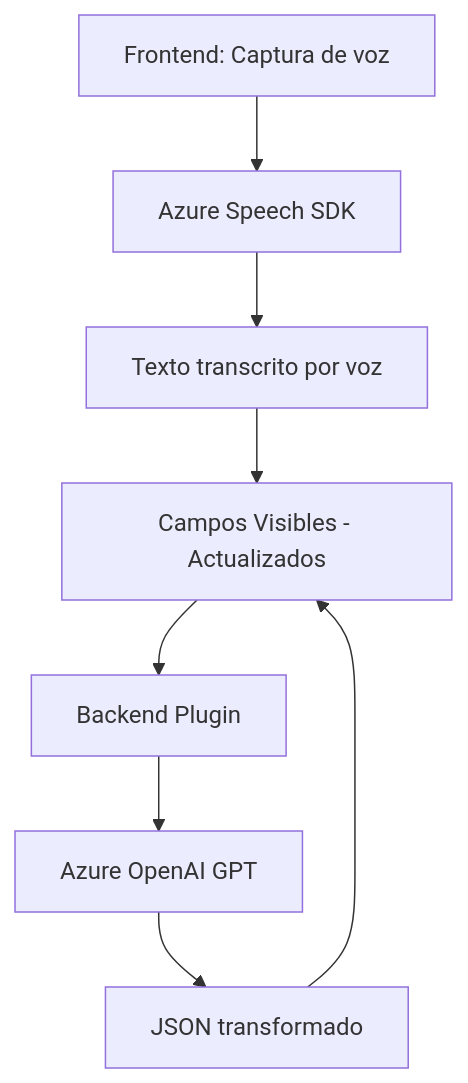
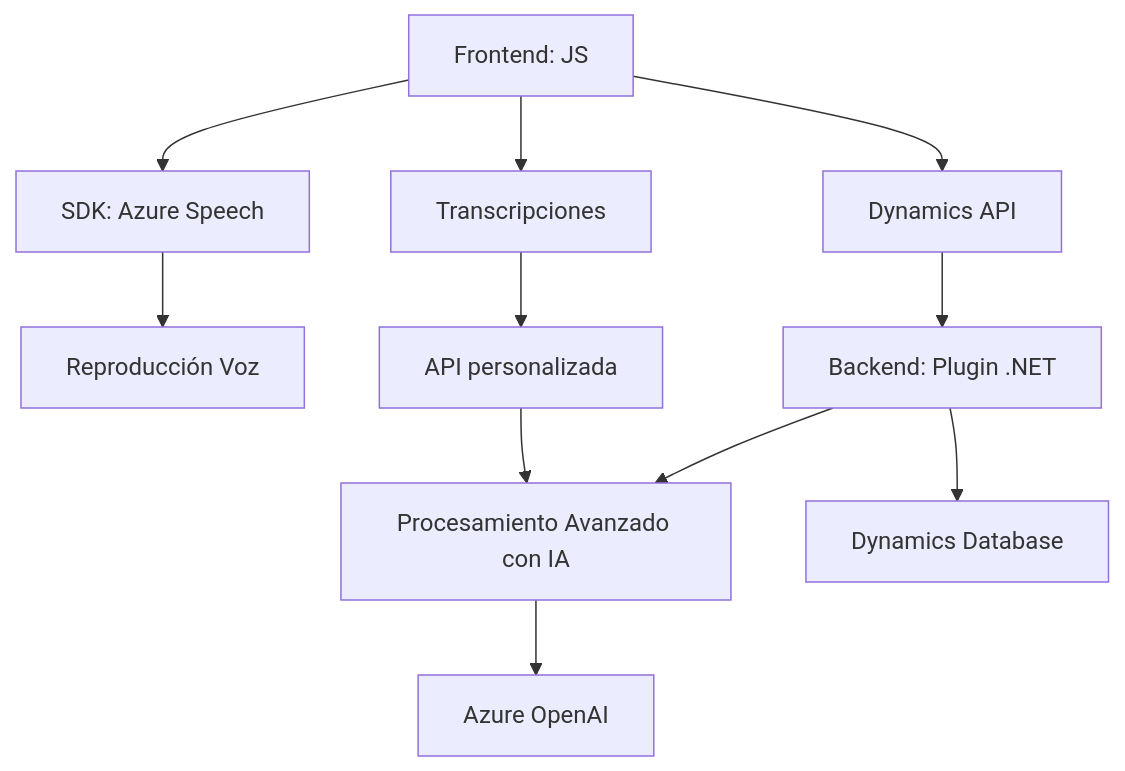
Before and after one commit to blopezdm/NETCORE_BILBAO2025: the diagram in README.md, drawn with Mermaid. The commit also changed other lines of this file, not shown here.

Commit message:
Actualizar análisis global de la solución con IA

````diff
--- a/README.md
+++ b/README.md
@@ -41,10 +46,13 @@
 ```mermaid
 graph TD
-  A["Frontend: Captura de voz"] --> B["Azure Speech SDK"]
-  B --> C["Texto transcrito por voz"]
-  C --> D["Dynamics 365 Formulario"]
-  D --> E["Backend Plugin"]
-  E --> F["Azure OpenAI GPT"]
-  F --> G["JSON transformado"]
-  G --> D["Campos Visibles - Actualizados"]
+    A["Frontend: JS"] --> B["SDK: Azure Speech"]
+    A --> C["Dynamics API"]
+    B --> D["Reproducción Voz"]
+    A --> E["Transcripciones"]
+    E --> F["API personalizada"]
+    F --> G["Procesamiento Avanzado con IA"]
+    G --> H["Azure OpenAI"]
+    C --> I["Backend: Plugin .NET"]
+    I --> G
+    I --> J["Dynamics Database"]
 ```
````
